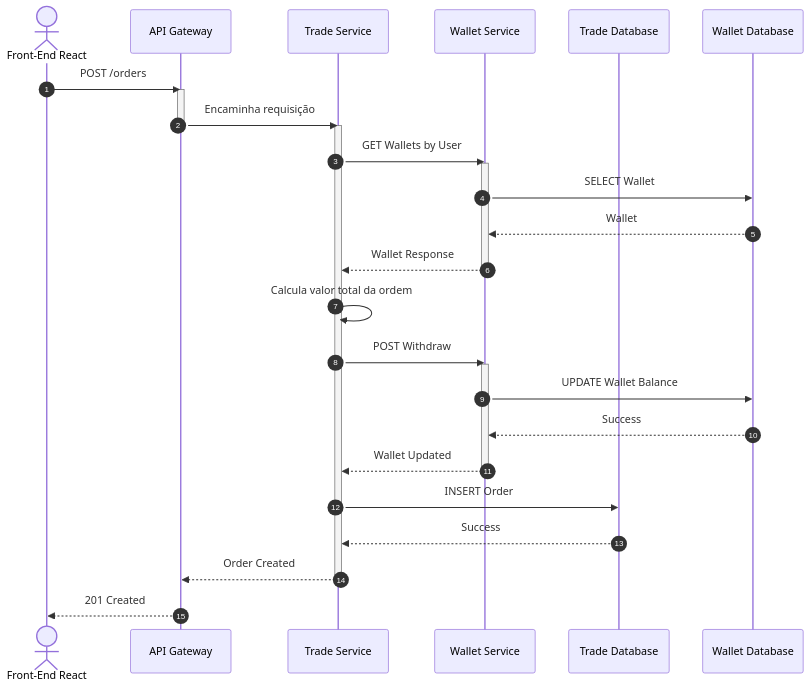
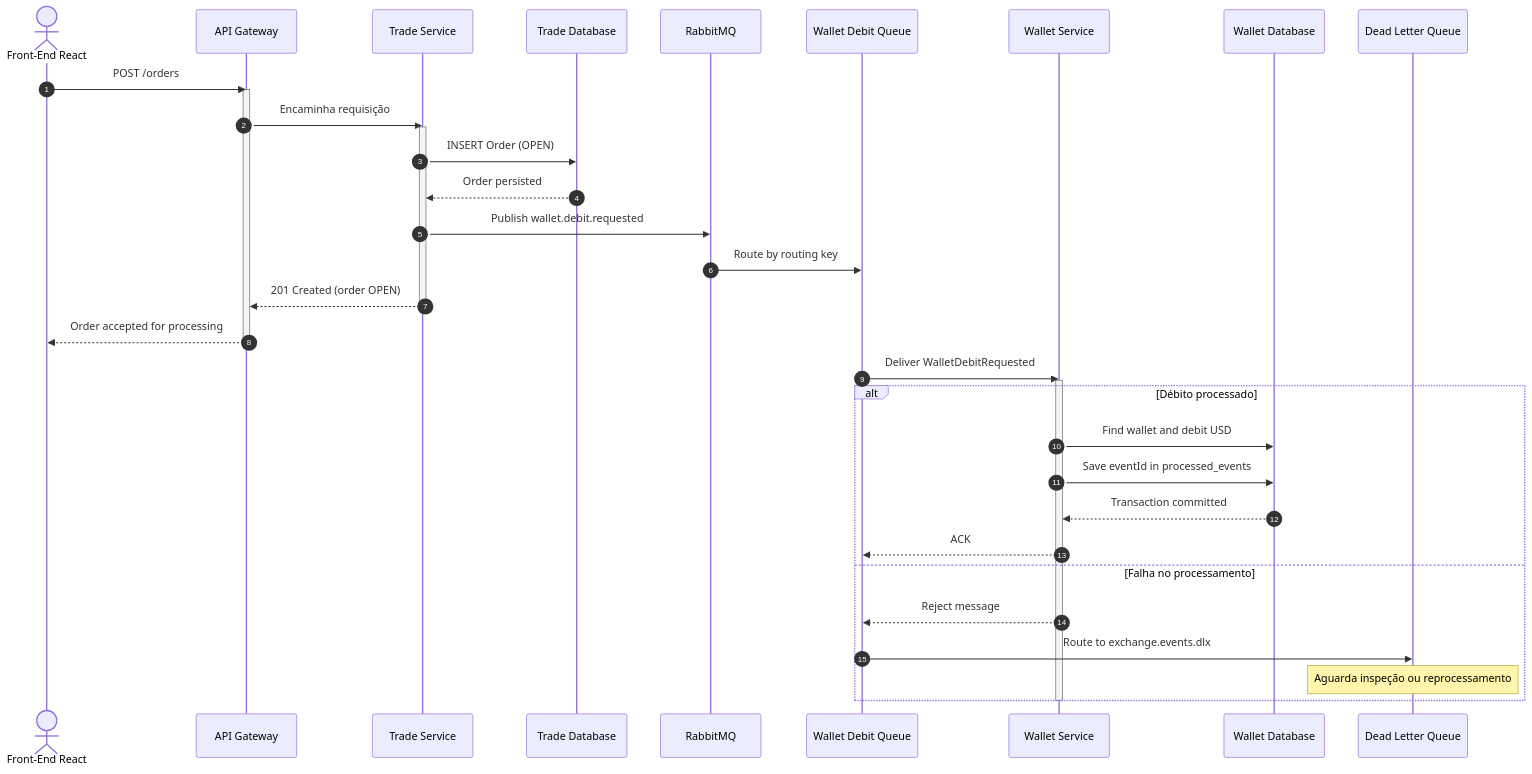
One commit to leonardo-muniz/ese-pb-2026 changed the third of 3 diagrams in README.md. Above: the diagram before and after it, drawn with Mermaid. The commit also changed other lines of this file, not shown here.

Commit message:
feat: update README to reflect event-driven architecture and RabbitMQ integration for wallet transactions

````diff
--- a/README.md
+++ b/README.md
@@ -215,50 +281,45 @@
 ```mermaid
 sequenceDiagram
     autonumber
 
     actor Client as Front-End React
-
     participant GW as API Gateway
     participant TS as Trade Service
+    participant TDB as Trade Database
+    participant RM as RabbitMQ
+    participant Q as Wallet Debit Queue
     participant WS as Wallet Service
-
-    participant TDB as Trade Database
     participant WDB as Wallet Database
+    participant DLQ as Dead Letter Queue
 
     Client->>GW: POST /orders
-
     activate GW
     GW->>TS: Encaminha requisição
+    activate TS
+
+    TS->>TDB: INSERT Order (OPEN)
+    TDB-->>TS: Order persisted
+    TS->>RM: Publish wallet.debit.requested
+    RM->>Q: Route by routing key
+
+    TS-->>GW: 201 Created (order OPEN)
+    deactivate TS
+    GW-->>Client: Order accepted for processing
     deactivate GW
 
-    activate TS
-
-    TS->>WS: GET Wallets by User
+    Q->>WS: Deliver WalletDebitRequested
     activate WS
 
-    WS->>WDB: SELECT Wallet
-    WDB-->>WS: Wallet
+    alt Débito processado
+        WS->>WDB: Find wallet and debit USD
+        WS->>WDB: Save eventId in processed_events
+        WDB-->>WS: Transaction committed
+        WS-->>Q: ACK
+    else Falha no processamento
+        WS-->>Q: Reject message
+        Q->>DLQ: Route to exchange.events.dlx
+        Note over DLQ: Aguarda inspeção ou reprocessamento
+    end
 
-    WS-->>TS: Wallet Response
     deactivate WS
-
-    TS->>TS: Calcula valor total da ordem
-
-    TS->>WS: POST Withdraw
-    activate WS
-
-    WS->>WDB: UPDATE Wallet Balance
-    WDB-->>WS: Success
-
-    WS-->>TS: Wallet Updated
-    deactivate WS
-
-    TS->>TDB: INSERT Order
-    TDB-->>TS: Success
-
-    TS-->>GW: Order Created
-
-    deactivate TS
-
-    GW-->>Client: 201 Created
 ```
````
